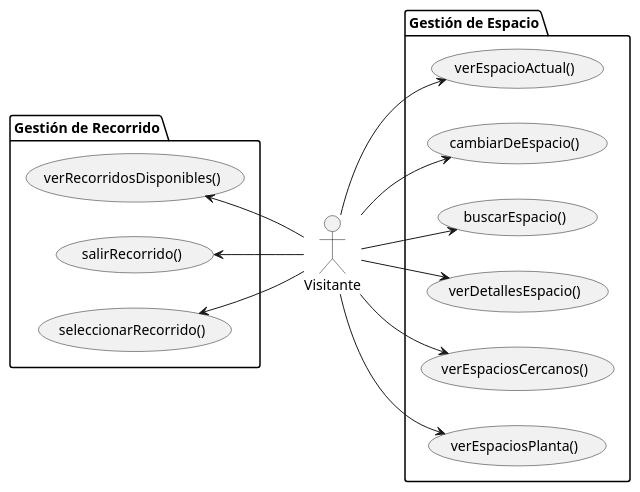
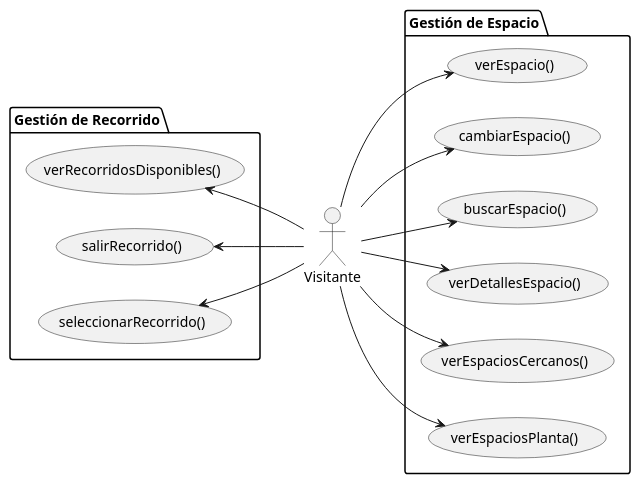
Before and after one commit to Camila-Lesly/25-26-idsw1-sdr: the diagram in documentos/01-casoDeUso/1-CasoDeUso/Visitante/visitanteCasosDeUso.puml, drawn with PlantUML. The commit also changed 12 other files, not shown here.

Commit message:
fix(docs): cahnges in use case diagram (visitante) and names/pictures in use case detailed

```diff
--- a/documentos/01-casoDeUso/1-CasoDeUso/Visitante/visitanteCasosDeUso.puml
+++ b/documentos/01-casoDeUso/1-CasoDeUso/Visitante/visitanteCasosDeUso.puml
@@ -1,32 +1,32 @@
 @startuml
 
 left to right direction
 
 actor "Visitante" as visitante
 
 package "Gestión de Espacio"{
-    usecase verEspacioActual as "verEspacioActual()"
-    usecase cambiarDeEspacio as "cambiarDeEspacio()"
+    usecase verEspacio as "verEspacio()"
+    usecase cambiarEspacio as "cambiarEspacio()"
     usecase buscarEspacio as "buscarEspacio()"
     usecase verDetallesEspacio as "verDetallesEspacio()"
     usecase verEspaciosCercanos as "verEspaciosCercanos()"
     usecase verEspaciosPlanta as "verEspaciosPlanta()"
 }
 
 package "Gestión de Recorrido"{
     usecase verRecorridosDisponibles as "verRecorridosDisponibles()"
     usecase salirrRecorrido as "salirRecorrido()"
     usecase seleccionarRecorrido as "seleccionarRecorrido()"
 }
 
-visitante --> (verEspacioActual)
-visitante --> (cambiarDeEspacio)
+visitante --> (verEspacio)
+visitante --> (cambiarEspacio)
 visitante --> (buscarEspacio)
 visitante --> (verDetallesEspacio)
 visitante --> (verEspaciosCercanos)
 visitante --> (verEspaciosPlanta)
 
 (seleccionarRecorrido) <-- visitante
 (verRecorridosDisponibles) <-- visitante
 (salirrRecorrido) <-- visitante
 @enduml
```
